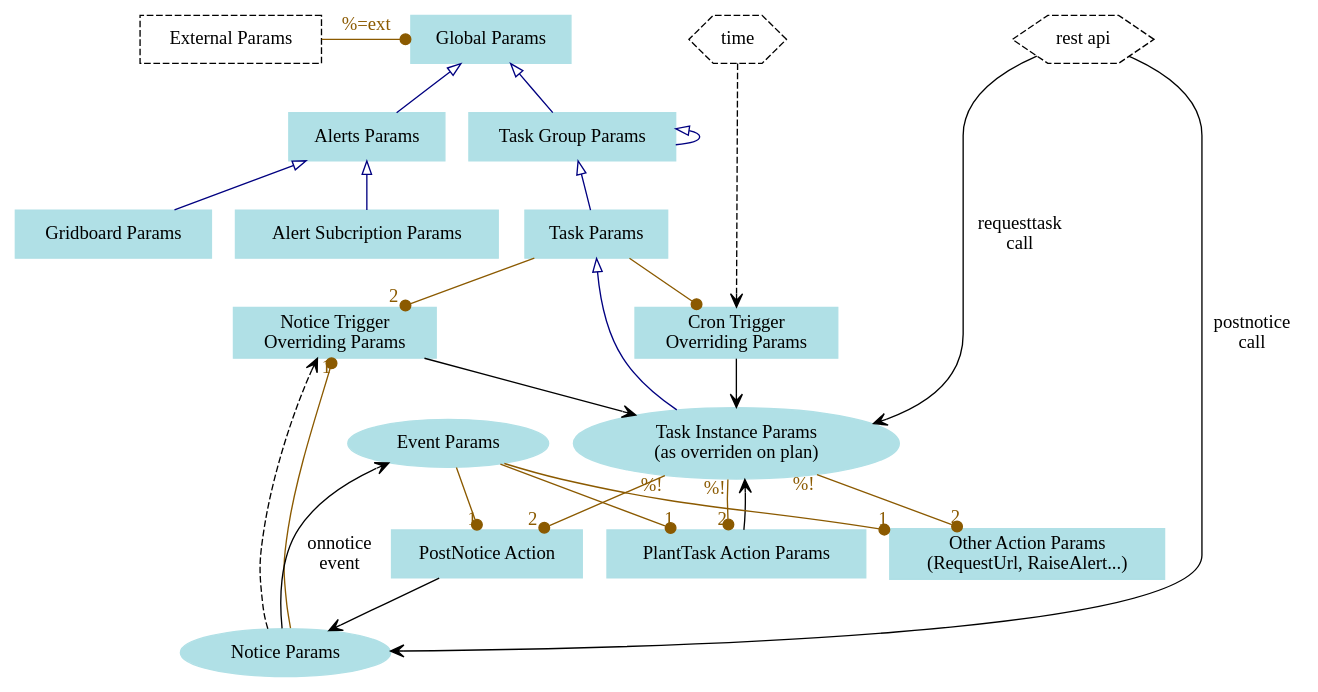
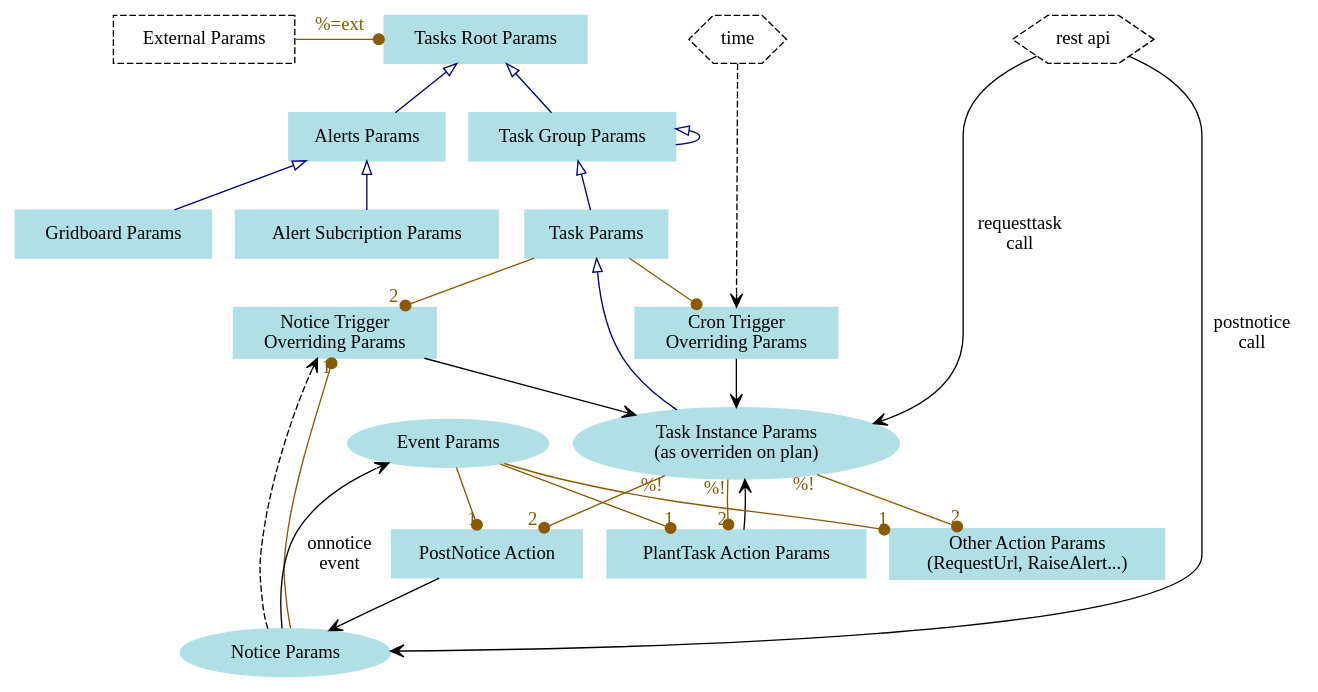
Before and after one commit to g76r/libqron: the diagram in doc/paramset_hierarchy.dot, drawn with Graphviz. The commit also changed 16 other files, not shown here.

First line of the commit message:
config: fixing param scopes in TasksRoot,TaskGroup,TaskTemplate,Task classes

```diff
--- a/doc/paramset_hierarchy.dot
+++ b/doc/paramset_hierarchy.dot
@@ -1,72 +1,72 @@
 graph g {
 
 // configuration objects carrying params
 node [shape=box,style=filled,color=powderblue]
-global [label="Global Params"]
+global [label="Tasks Root Params"]
 external [label="External Params",style=dashed,color=""]
 { rank=min; global; external; } // sticked at the top
 taskgroup [label="Task Group Params"]
 task [label="Task Params"]
 noticetrigger [label="Notice Trigger\nOverriding Params"]
 crontrigger [label="Cron Trigger\nOverriding Params"]
 plantaskaction [label="PlantTask Action Params"]
 postnoticeaction [label="PostNotice Action"]
 otheraction [label="Other Action Params\n(RequestUrl, RaiseAlert...)"]
 alerts [label="Alerts Params"]
 //webconsole [label="Web Console Params"]
 alertsub [label="Alert Subcription Params"]
 gridboard [label="Gridboard Params"]
 
 // runtime objects carrying params
 node [shape=ellipse]
 taskinstance [label="Task Instance Params\n(as overriden on plan)"]
 event [label="Event Params"]
 notice [label="Notice Params"]
 { rank=same; event; taskinstance } // hint to avoid layouts with notice above event
 
 // actors
 node [shape=hexagon,style=dashed,color=""]
 restapi [label="REST API"]
 time [label="time"]
 { rank=min; restapi; time; } // sticked at the top
 
 // ParamSet inheritage (mostly in configuration)
 edge [dir=back,arrowtail=onormal,color=navy,fontcolor=navy]
 global -- taskgroup -- taskgroup -- task
 task -- taskinstance
 global -- alerts -- alertsub
 alerts -- gridboard
 //global -- webconsole
 
 // parameter injection at runtime
 edge [dir=forward,arrowhead=vee,color=black,fontcolor=black]
 crontrigger -- taskinstance
 noticetrigger -- taskinstance
 notice -- event [label="onnotice\nevent"]
 restapi [label="rest api"]
 restapi -- notice [label="postnotice\ncall"]
 plantaskaction -- taskinstance
 postnoticeaction -- notice
 restapi -- taskinstance [label="requesttask\ncall"]
 
 // triggering w/o params
 time -- crontrigger [style=dashed]
 notice -- noticetrigger [style=dashed]
 
 // context for parameters evaluation
 edge [dir=forward,arrowhead=dot,color=orange4,fontcolor=orange4]
 notice -- noticetrigger [headlabel=1]
 task -- noticetrigger [headlabel=2]
 task -- crontrigger
 // note: taskinstance -- xxxaction edges make only sense when the event occurs
 //       within a task
 // note: taskinstance -- xxxaction edges only give visibility taskinstance %!
 //        params, not taskinstance's params being them overriden or not
 event -- plantaskaction [headlabel=1]
 taskinstance -- plantaskaction [taillabel="%!",headlabel=2]
 event -- postnoticeaction [headlabel=1]
 taskinstance -- postnoticeaction [taillabel="%!",headlabel=2]
 event -- otheraction [headlabel=1]
 taskinstance -- otheraction [taillabel="%!",headlabel=2]
 external -- global [label="%=ext"]
 }
```
